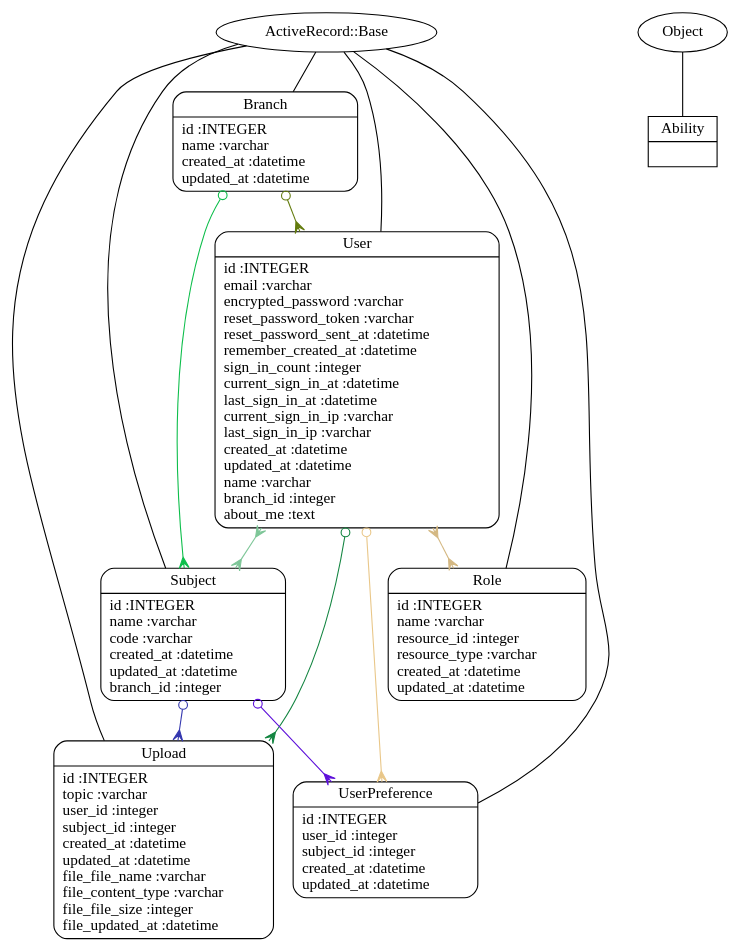
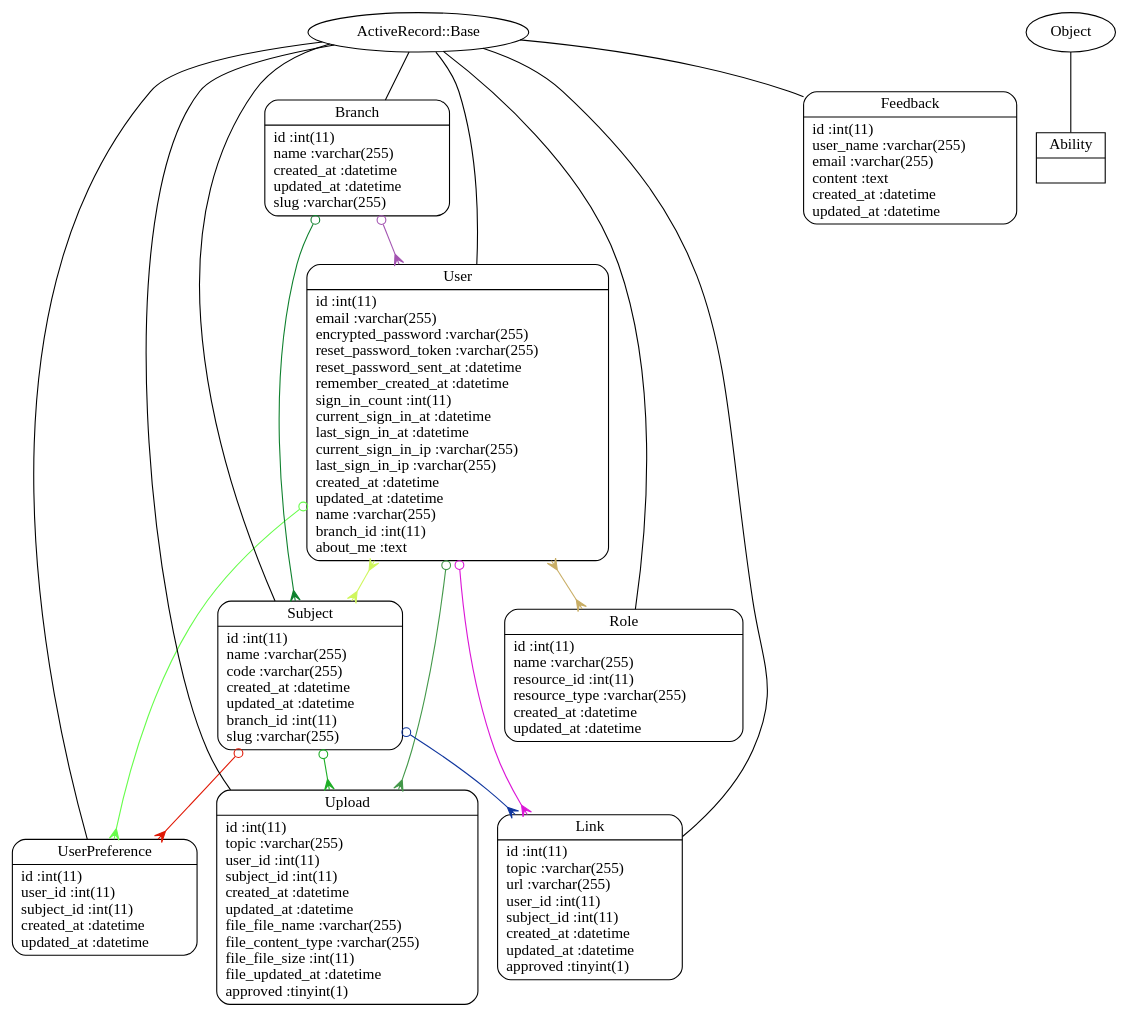
One commit to jay2452/letshareit changed the diagram in full_models.dot. Above: the diagram before and after it, drawn with Graphviz. The commit also changed 21 other files, not shown here.

```diff
--- a/full_models.dot
+++ b/full_models.dot
@@ -1,25 +1,31 @@
 digraph models_diagram {
 	graph[overlap=false, splines=true, bgcolor="none"]
-	"User" [shape=Mrecord, label="{User|id :INTEGER\lemail :varchar\lencrypted_password :varchar\lreset_password_token :varchar\lreset_password_sent_at :datetime\lremember_created_at :datetime\lsign_in_count :integer\lcurrent_sign_in_at :datetime\llast_sign_in_at :datetime\lcurrent_sign_in_ip :varchar\llast_sign_in_ip :varchar\lcreated_at :datetime\lupdated_at :datetime\lname :varchar\lbranch_id :integer\labout_me :text\l}"]
-	"Upload" [shape=Mrecord, label="{Upload|id :INTEGER\ltopic :varchar\luser_id :integer\lsubject_id :integer\lcreated_at :datetime\lupdated_at :datetime\lfile_file_name :varchar\lfile_content_type :varchar\lfile_file_size :integer\lfile_updated_at :datetime\l}"]
-	"Subject" [shape=Mrecord, label="{Subject|id :INTEGER\lname :varchar\lcode :varchar\lcreated_at :datetime\lupdated_at :datetime\lbranch_id :integer\l}"]
+	"User" [shape=Mrecord, label="{User|id :int(11)\lemail :varchar(255)\lencrypted_password :varchar(255)\lreset_password_token :varchar(255)\lreset_password_sent_at :datetime\lremember_created_at :datetime\lsign_in_count :int(11)\lcurrent_sign_in_at :datetime\llast_sign_in_at :datetime\lcurrent_sign_in_ip :varchar(255)\llast_sign_in_ip :varchar(255)\lcreated_at :datetime\lupdated_at :datetime\lname :varchar(255)\lbranch_id :int(11)\labout_me :text\l}"]
+	"Upload" [shape=Mrecord, label="{Upload|id :int(11)\ltopic :varchar(255)\luser_id :int(11)\lsubject_id :int(11)\lcreated_at :datetime\lupdated_at :datetime\lfile_file_name :varchar(255)\lfile_content_type :varchar(255)\lfile_file_size :int(11)\lfile_updated_at :datetime\lapproved :tinyint(1)\l}"]
+	"Subject" [shape=Mrecord, label="{Subject|id :int(11)\lname :varchar(255)\lcode :varchar(255)\lcreated_at :datetime\lupdated_at :datetime\lbranch_id :int(11)\lslug :varchar(255)\l}"]
 	"Ability" [shape=record, label="{Ability|}"]
-	"Branch" [shape=Mrecord, label="{Branch|id :INTEGER\lname :varchar\lcreated_at :datetime\lupdated_at :datetime\l}"]
-	"UserPreference" [shape=Mrecord, label="{UserPreference|id :INTEGER\luser_id :integer\lsubject_id :integer\lcreated_at :datetime\lupdated_at :datetime\l}"]
-	"Role" [shape=Mrecord, label="{Role|id :INTEGER\lname :varchar\lresource_id :integer\lresource_type :varchar\lcreated_at :datetime\lupdated_at :datetime\l}"]
-	"User" -> "Role" [arrowtail=crow, arrowhead=crow, dir=both color="#D4B883"]
-	"User" -> "Upload" [arrowtail=odot, arrowhead=crow, dir=both color="#138541"]
-	"User" -> "UserPreference" [arrowtail=odot, arrowhead=crow, dir=both color="#E9C789"]
-	"User" -> "Subject" [arrowtail=crow, arrowhead=crow, dir=both color="#7EC698"]
+	"Link" [shape=Mrecord, label="{Link|id :int(11)\ltopic :varchar(255)\lurl :varchar(255)\luser_id :int(11)\lsubject_id :int(11)\lcreated_at :datetime\lupdated_at :datetime\lapproved :tinyint(1)\l}"]
+	"Branch" [shape=Mrecord, label="{Branch|id :int(11)\lname :varchar(255)\lcreated_at :datetime\lupdated_at :datetime\lslug :varchar(255)\l}"]
+	"UserPreference" [shape=Mrecord, label="{UserPreference|id :int(11)\luser_id :int(11)\lsubject_id :int(11)\lcreated_at :datetime\lupdated_at :datetime\l}"]
+	"Role" [shape=Mrecord, label="{Role|id :int(11)\lname :varchar(255)\lresource_id :int(11)\lresource_type :varchar(255)\lcreated_at :datetime\lupdated_at :datetime\l}"]
+	"Feedback" [shape=Mrecord, label="{Feedback|id :int(11)\luser_name :varchar(255)\lemail :varchar(255)\lcontent :text\lcreated_at :datetime\lupdated_at :datetime\l}"]
+	"User" -> "Role" [arrowtail=crow, arrowhead=crow, dir=both color="#C8AD64"]
+	"User" -> "Upload" [arrowtail=odot, arrowhead=crow, dir=both color="#439849"]
+	"User" -> "UserPreference" [arrowtail=odot, arrowhead=crow, dir=both color="#67FD4B"]
+	"User" -> "Subject" [arrowtail=crow, arrowhead=crow, dir=both color="#CFF65C"]
+	"User" -> "Link" [arrowtail=odot, arrowhead=crow, dir=both color="#DB16D7"]
 	"ActiveRecord::Base" -> "User" [label="", arrowhead="none", arrowtail="onormal"]
 	"ActiveRecord::Base" -> "Upload" [label="", arrowhead="none", arrowtail="onormal"]
-	"Subject" -> "Upload" [arrowtail=odot, arrowhead=crow, dir=both color="#3437AF"]
-	"Subject" -> "UserPreference" [arrowtail=odot, arrowhead=crow, dir=both color="#5D0FDA"]
+	"Subject" -> "Upload" [arrowtail=odot, arrowhead=crow, dir=both color="#1EAE26"]
+	"Subject" -> "Link" [arrowtail=odot, arrowhead=crow, dir=both color="#10369E"]
+	"Subject" -> "UserPreference" [arrowtail=odot, arrowhead=crow, dir=both color="#E01906"]
 	"ActiveRecord::Base" -> "Subject" [label="", arrowhead="none", arrowtail="onormal"]
 	"Object" -> "Ability" [label="", arrowhead="none", arrowtail="onormal"]
-	"Branch" -> "User" [arrowtail=odot, arrowhead=crow, dir=both color="#637B0D"]
-	"Branch" -> "Subject" [arrowtail=odot, arrowhead=crow, dir=both color="#0DBE4B"]
+	"ActiveRecord::Base" -> "Link" [label="", arrowhead="none", arrowtail="onormal"]
+	"Branch" -> "User" [arrowtail=odot, arrowhead=crow, dir=both color="#A354B1"]
+	"Branch" -> "Subject" [arrowtail=odot, arrowhead=crow, dir=both color="#0E802D"]
 	"ActiveRecord::Base" -> "Branch" [label="", arrowhead="none", arrowtail="onormal"]
 	"ActiveRecord::Base" -> "UserPreference" [label="", arrowhead="none", arrowtail="onormal"]
 	"ActiveRecord::Base" -> "Role" [label="", arrowhead="none", arrowtail="onormal"]
+	"ActiveRecord::Base" -> "Feedback" [label="", arrowhead="none", arrowtail="onormal"]
 }
```
